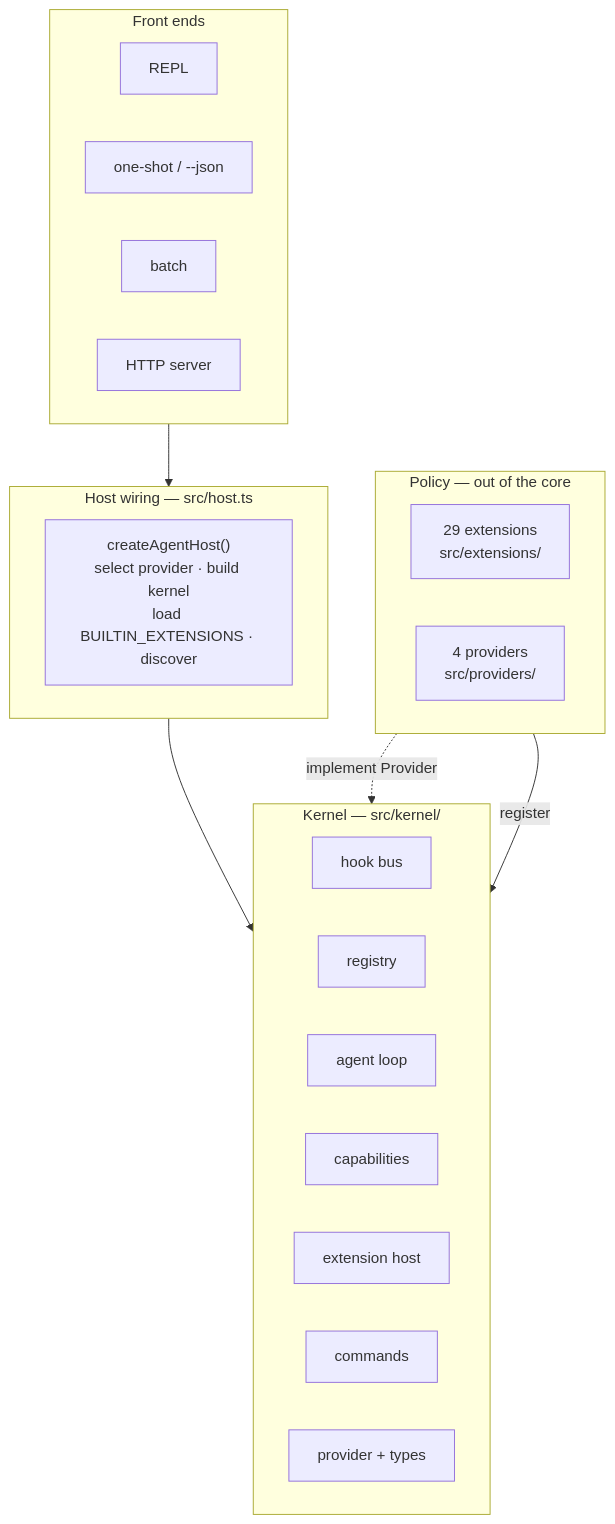
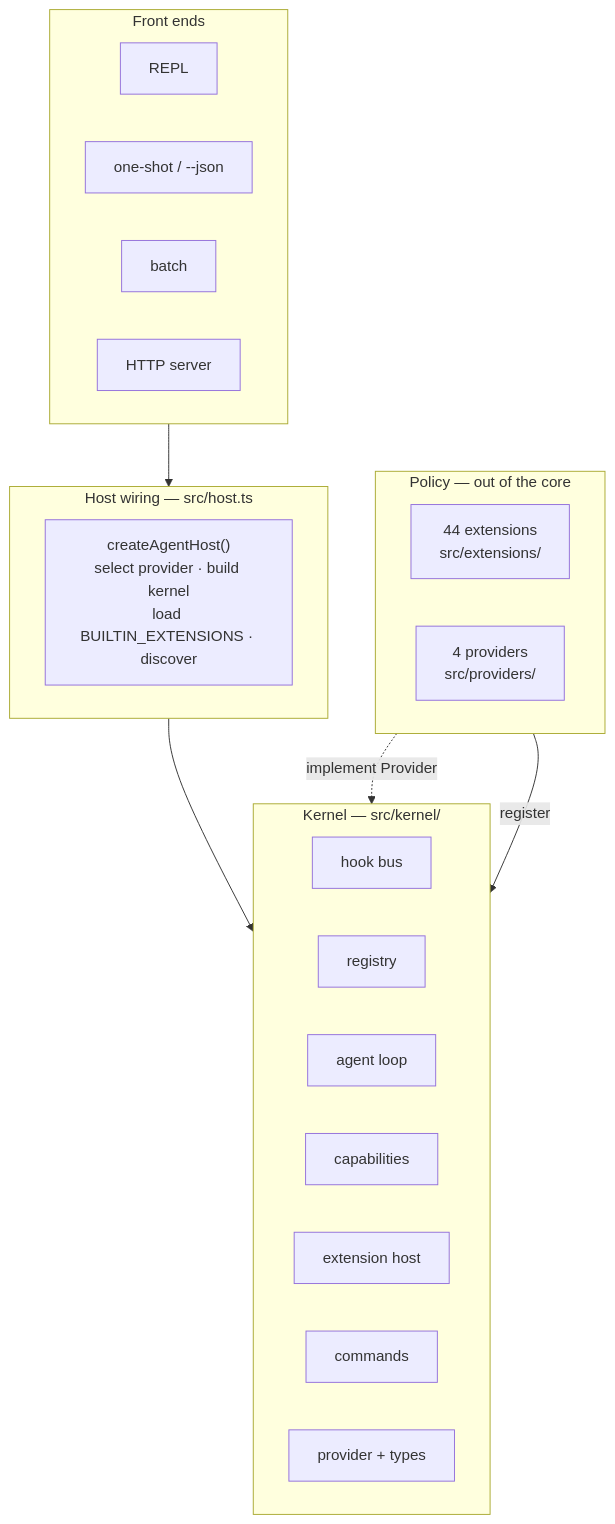
The first of 10 diagrams in ARCHITECTURE.md (caohaotiantian/EAgent), drawn with Mermaid before and after one commit. The commit also changed other lines of this file and 4 other files, not shown here.

````diff
--- a/ARCHITECTURE.md
+++ b/ARCHITECTURE.md
@@ -27,32 +27,32 @@
 ```mermaid
 flowchart TB
     subgraph L4["Front ends"]
         direction LR
         REPL["REPL"]
         ONE["one-shot / --json"]
         BATCH["batch"]
         HTTP["HTTP server"]
     end
     subgraph L3["Host wiring — src/host.ts"]
         HOST["createAgentHost()<br/>select provider · build kernel<br/>load BUILTIN_EXTENSIONS · discover"]
     end
     subgraph L2["Kernel — src/kernel/"]
         direction LR
         HOOKS["hook bus"]
         REG["registry"]
         LOOP["agent loop"]
         CAPS["capabilities"]
         EXT["extension host"]
         CMD["commands"]
         TYPES["provider + types"]
     end
     subgraph L1["Policy — out of the core"]
         direction LR
-        EXTS["29 extensions<br/>src/extensions/"]
+        EXTS["44 extensions<br/>src/extensions/"]
         PROVS["4 providers<br/>src/providers/"]
     end
 
     L4 --> L3 --> L2
     EXTS -->|register| L2
     PROVS -.->|implement Provider| TYPES
 ```
````
